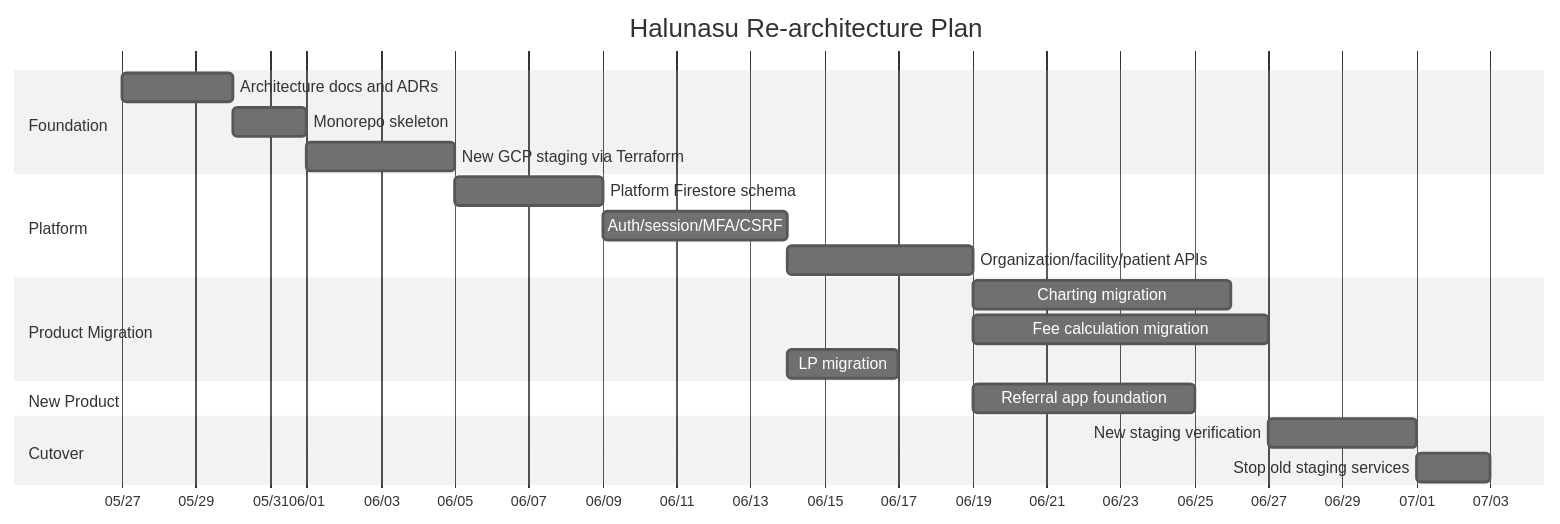
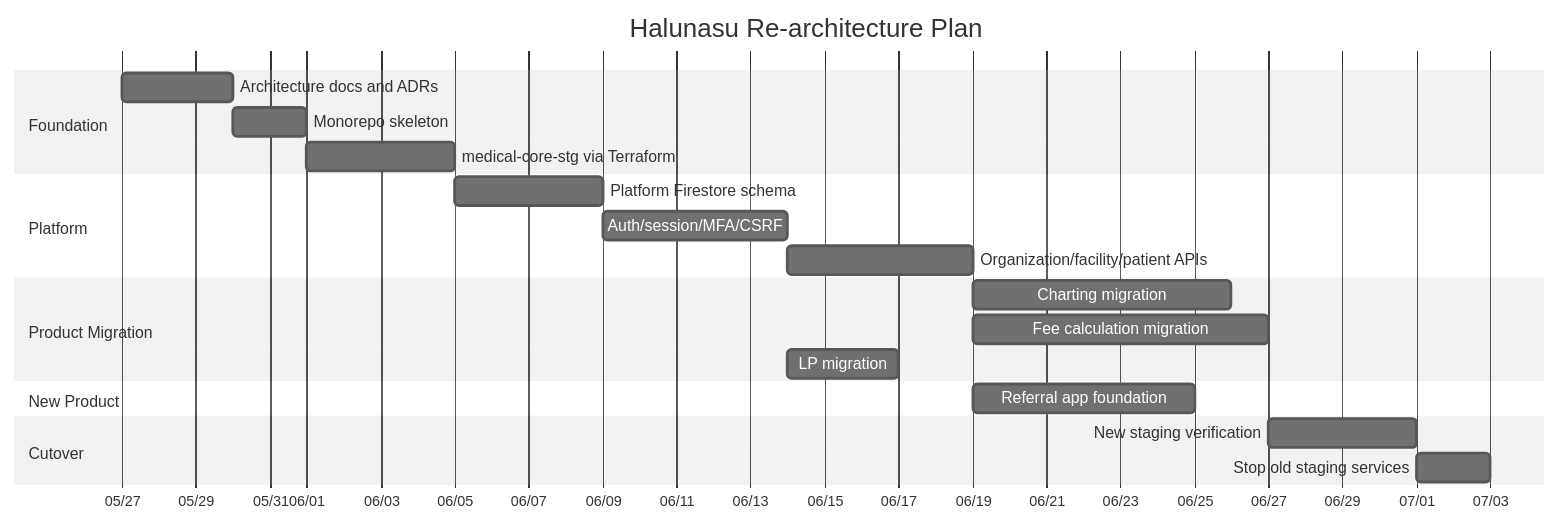
Diagram 12 of 12 in docs/architecture/001-asis-tobe-architecture.md (k-hirade/halunasu), drawn with Mermaid (neutral theme) before and after one commit. The commit also changed other lines of this file and 33 other files, not shown here.

Commit message:
Add monorepo skeleton and core GCP names

````diff
--- a/docs/architecture/001-asis-tobe-architecture.md
+++ b/docs/architecture/001-asis-tobe-architecture.md
@@ -533,28 +533,28 @@
 ```mermaid
 gantt
   title Halunasu Re-architecture Plan
   dateFormat  YYYY-MM-DD
   axisFormat  %m/%d
 
   section Foundation
   Architecture docs and ADRs           :a1, 2026-05-27, 3d
   Monorepo skeleton                    :a2, after a1, 2d
-  New GCP staging via Terraform        :a3, after a2, 4d
+  medical-core-stg via Terraform       :a3, after a2, 4d
 
   section Platform
   Platform Firestore schema            :b1, after a3, 4d
   Auth/session/MFA/CSRF                :b2, after b1, 5d
   Organization/facility/patient APIs   :b3, after b2, 5d
 
   section Product Migration
   Charting migration                   :c1, after b3, 7d
   Fee calculation migration            :c2, after b3, 8d
   LP migration                         :c3, after b2, 3d
 
   section New Product
   Referral app foundation              :d1, after b3, 6d
 
   section Cutover
   New staging verification             :e1, after c2, 4d
   Stop old staging services            :e2, after e1, 2d
 ```
````
